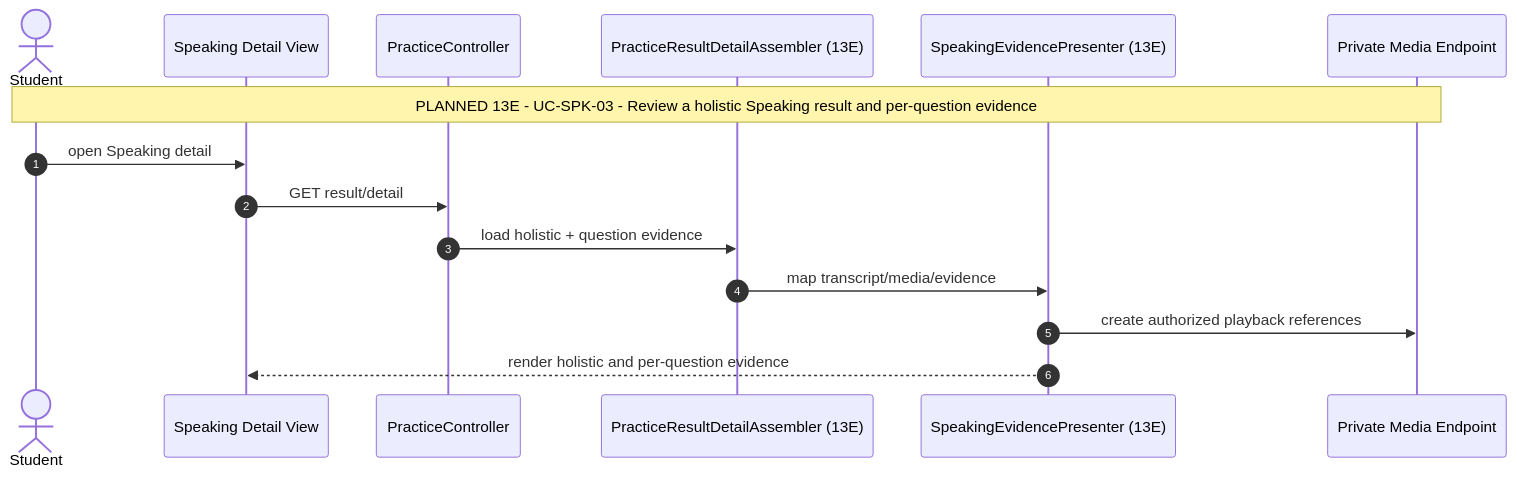
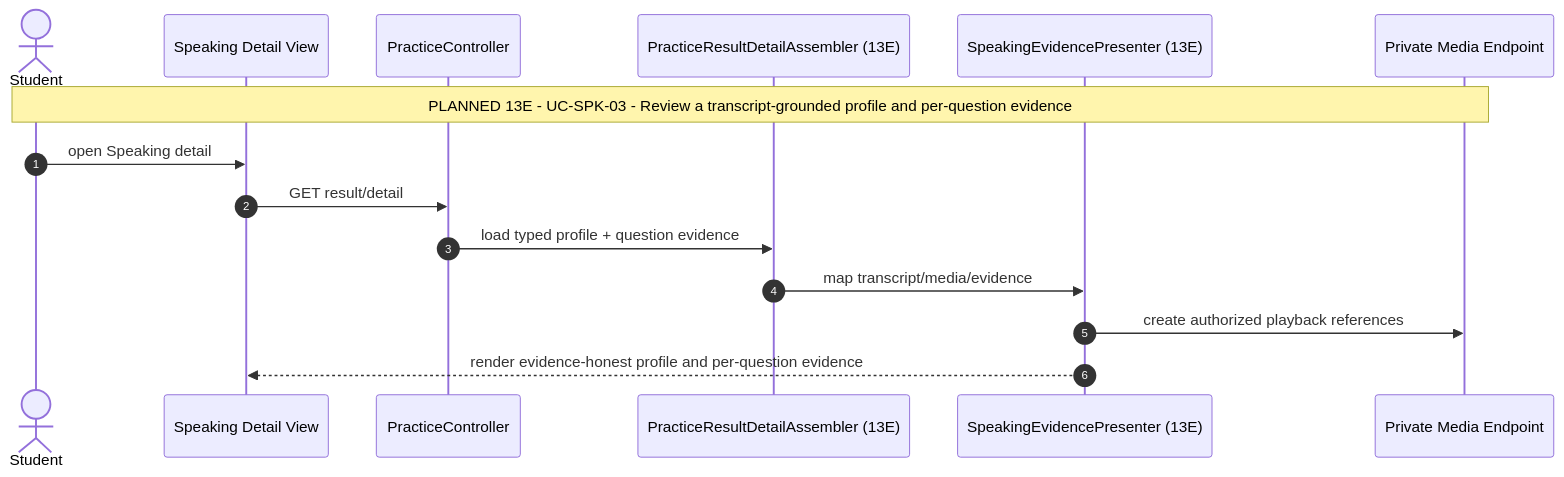
Diagram 24 of 30 in docs/architecture/practice/mermaid/KSH_PRACTICE_SEQUENCE_DIAGRAMS.md (toannnnq1424/KoreanStudyHub), drawn with Mermaid before and after one commit. The commit also changed other lines of this file and 70 other files, not shown here.

````diff
--- a/docs/architecture/practice/mermaid/KSH_PRACTICE_SEQUENCE_DIAGRAMS.md
+++ b/docs/architecture/practice/mermaid/KSH_PRACTICE_SEQUENCE_DIAGRAMS.md
@@ -579,17 +579,17 @@
 ```mermaid
 sequenceDiagram
     autonumber
     actor P01 as Student
     participant P02 as Speaking Detail View
     participant P03 as PracticeController
     participant P04 as PracticeResultDetailAssembler (13E)
     participant P05 as SpeakingEvidencePresenter (13E)
     participant P06 as Private Media Endpoint
-    Note over P01,P06: PLANNED 13E - UC-SPK-03 - Review a holistic Speaking result and per-question evidence
+    Note over P01,P06: PLANNED 13E - UC-SPK-03 - Review a transcript-grounded profile and per-question evidence
     P01->>P02: open Speaking detail
     P02->>P03: GET result/detail
-    P03->>P04: load holistic + question evidence
+    P03->>P04: load typed profile + question evidence
     P04->>P05: map transcript/media/evidence
     P05->>P06: create authorized playback references
-    P05-->>P02: render holistic and per-question evidence
+    P05-->>P02: render evidence-honest profile and per-question evidence
 ```
````
